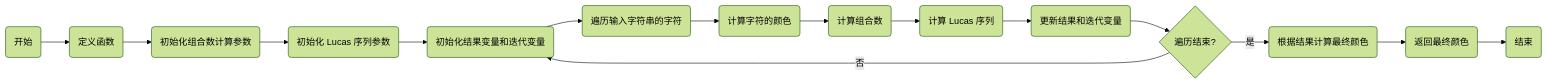
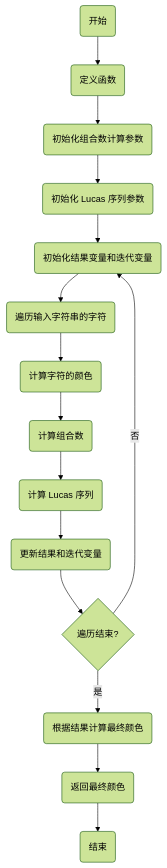
The sixth of 6 diagrams in Experiment/experiment5.md (RonaWhite/python), drawn with Mermaid (forest theme) before and after one commit.

````diff
--- a/Experiment/experiment5.md
+++ b/Experiment/experiment5.md
@@ -580,17 +580,17 @@
 ```mermaid
-graph LR
+graph TD
 A(开始) --> B(定义函数)
 B --> C(初始化组合数计算参数)
 C --> D(初始化 Lucas 序列参数)
 D --> E(初始化结果变量和迭代变量)
 E --> F(遍历输入字符串的字符)
 F --> G(计算字符的颜色)
 G --> H(计算组合数)
 H --> I(计算 Lucas 序列)
 I --> J(更新结果和迭代变量)
 J --> K{遍历结束?}
 K -- 否 --> E
 K -- 是 --> L(根据结果计算最终颜色)
 L --> M(返回最终颜色)
 M --> N(结束)
 ```
````
